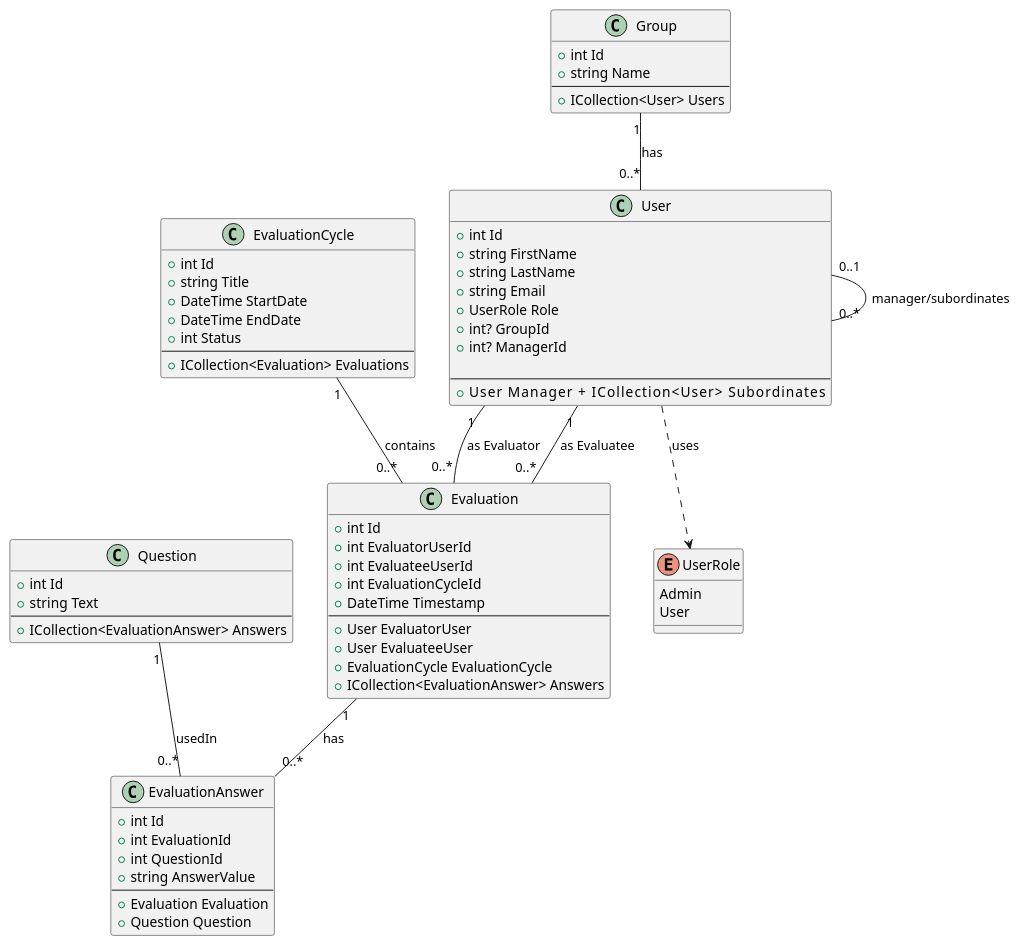
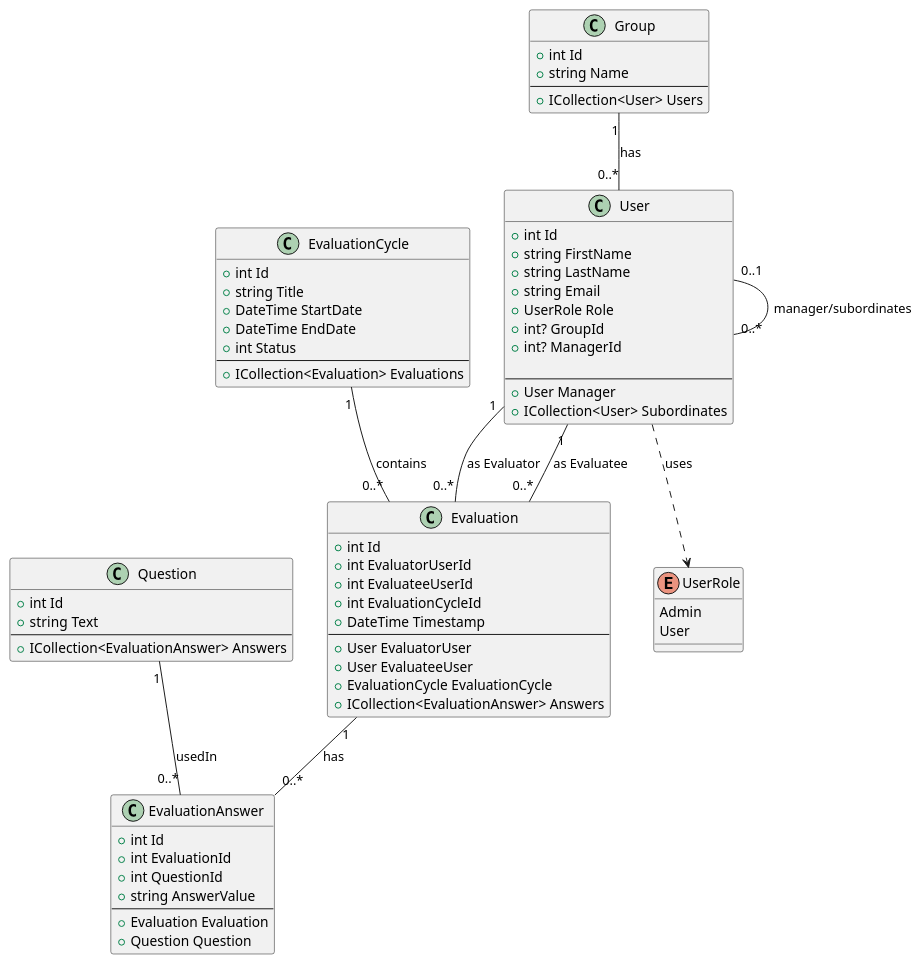
One commit to KostasBar/PeerEvalApp changed the diagram in DiagramsAndDocumentation/ClassDiagramPlantUML.puml. Above: the diagram before and after it, drawn with PlantUML.

Commit message:
PUML fix

```diff
--- a/DiagramsAndDocumentation/ClassDiagramPlantUML.puml
+++ b/DiagramsAndDocumentation/ClassDiagramPlantUML.puml
@@ -1,99 +1,100 @@
 @startuml
 '===========================================================
 ' Ορισμός Enum κλάσης για ρόλους
 '===========================================================
 enum UserRole {
   Admin
   User
 }
 
 '===========================================================
 ' Κλάσεις
 '===========================================================
 class User {
   + int Id
   + string FirstName
   + string LastName
   + string Email
   + UserRole Role
   + int? GroupId
   + int? ManagerId
 
   --
-  + User Manager              + ICollection<User> Subordinates
+  + User Manager              
+  + ICollection<User> Subordinates
 }
 class Group {
   + int Id
   + string Name
   --
   + ICollection<User> Users
 }
 
 class EvaluationCycle {
   + int Id
   + string Title
   + DateTime StartDate
   + DateTime EndDate
   + int Status
   --
   + ICollection<Evaluation> Evaluations
 }
 
 class Question {
   + int Id
   + string Text
   --
   + ICollection<EvaluationAnswer> Answers
 }
 
 class Evaluation {
   + int Id
   + int EvaluatorUserId
   + int EvaluateeUserId
   + int EvaluationCycleId
   + DateTime Timestamp
   --
   + User EvaluatorUser
   + User EvaluateeUser
   + EvaluationCycle EvaluationCycle
   + ICollection<EvaluationAnswer> Answers
 }
 
 class EvaluationAnswer {
   + int Id
   + int EvaluationId
   + int QuestionId
   + string AnswerValue
   --
   + Evaluation Evaluation
   + Question Question
 }
 
 '===========================================================
 ' Συσχετίσεις (Relationships)
 '===========================================================
 
 ' Ένας User χρησιμοποιεί UserRole
 User ..> UserRole : uses
 
 ' Ένα Group έχει πολλούς Users
 Group "1" -- "0..*" User : has
 
 ' Συσχέτιση manager μεταξύ χρηστών:
 ' Ένας User μπορεί να έχει 0 ή 1 Manager (ο οποίος είναι επίσης User)
 User "0..1" -- "0..*" User : manager/subordinates
 
 ' Ένας User μπορεί να κάνει πολλές Evaluations (ως Evaluator)
 ' και να δεχτεί πολλές Evaluations (ως Evaluatee)
 User "1" -- "0..*" Evaluation : as Evaluator
 User "1" -- "0..*" Evaluation : as Evaluatee
 
 ' Ένας EvaluationCycle περιέχει πολλές Evaluations
 EvaluationCycle "1" -- "0..*" Evaluation : contains
 
 ' Κάθε Evaluation συνδέεται με πολλά EvaluationAnswer
 Evaluation "1" -- "0..*" EvaluationAnswer : has
 
 ' Μία Question μπορεί να είναι μέρος πολλών EvaluationAnswer
 Question "1" -- "0..*" EvaluationAnswer : usedIn
 @enduml
```
